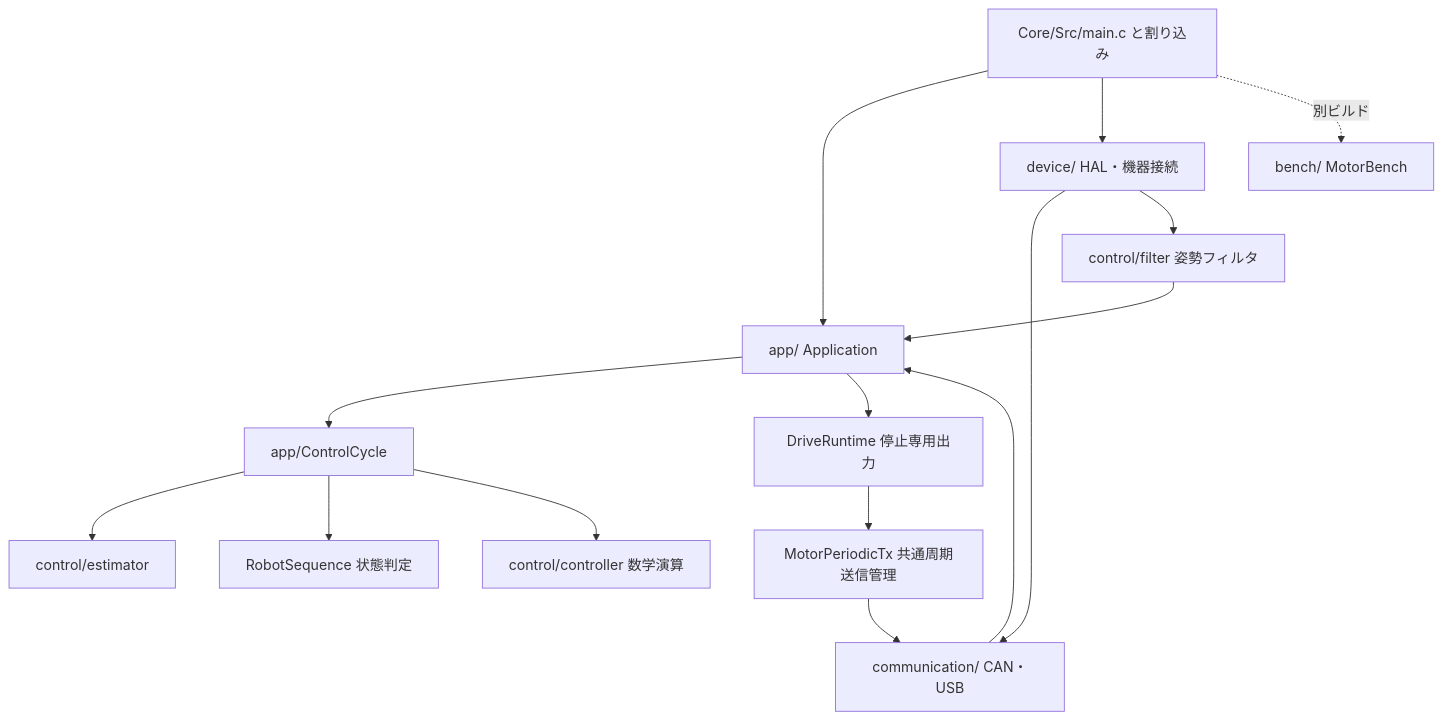
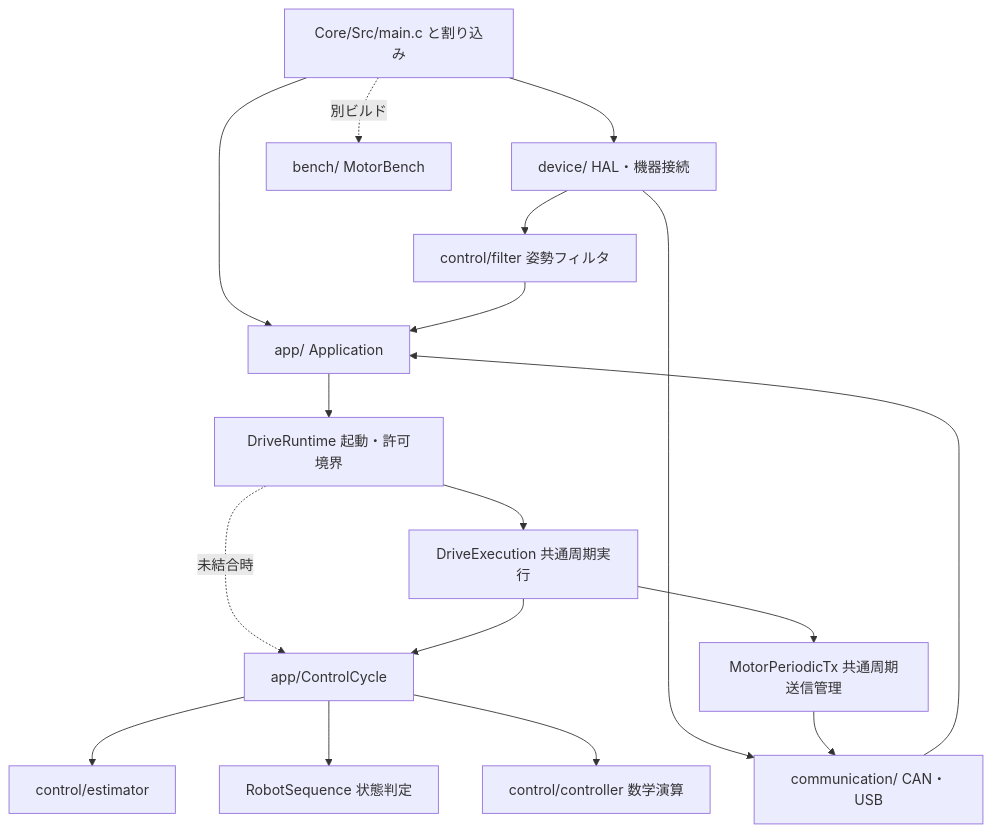
One commit to kou-pen/balancing changed the second of 2 diagrams in docs/architecture.md. Above: the diagram before and after it, drawn with Mermaid. The commit also changed other lines of this file and 20 other files, not shown here.

```diff
--- a/docs/architecture.md
+++ b/docs/architecture.md
@@ -21,17 +21,19 @@
 <pre class="mermaid">
 flowchart TB
     CORE["Core/Src/main.c と割り込み"] --> APP["app/ Application"]
     CORE --> IO["device/ HAL・機器接続"]
     IO --> COMM["communication/ CAN・USB"]
     COMM --> APP
-    APP --> CYCLE["app/ControlCycle"]
+    APP --> DRIVE["DriveRuntime 起動・許可境界"]
+    DRIVE --> EXEC["DriveExecution 共通周期実行"]
+    DRIVE -. 未結合時 .-> CYCLE["app/ControlCycle"]
+    EXEC --> CYCLE
     CYCLE --> EST["control/estimator"]
     IO --> FILTER["control/filter 姿勢フィルタ"]
     FILTER --> APP
     CYCLE --> SEQ["RobotSequence 状態判定"]
     CYCLE --> CTRL["control/controller 数学演算"]
-    APP --> DRIVE["DriveRuntime 停止専用出力"]
-    DRIVE --> TX["MotorPeriodicTx 共通周期送信管理"]
+    EXEC --> TX["MotorPeriodicTx 共通周期送信管理"]
     TX --> COMM
     CORE -. 別ビルド .-> BENCH["bench/ MotorBench"]
 </pre>
```
